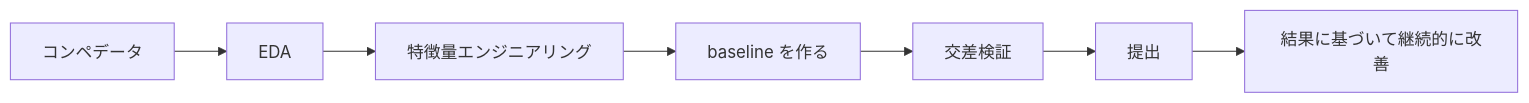
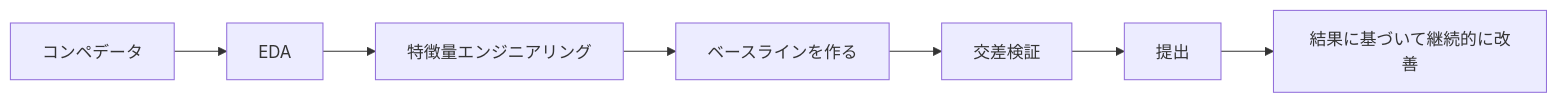
One commit to oudbiao/AI-fullstack-course changed the first of 2 diagrams in i18n/ja/docusaurus-plugin-content-docs/current/ch05-machine-learning/ch06-projects/04-kaggle.md. Above: the diagram before and after it, drawn with Mermaid. The commit also changed other lines of this file and 24 other files, not shown here.

````diff
--- a/i18n/ja/docusaurus-plugin-content-docs/current/ch05-machine-learning/ch06-projects/04-kaggle.md
+++ b/i18n/ja/docusaurus-plugin-content-docs/current/ch05-machine-learning/ch06-projects/04-kaggle.md
@@ -38,9 +38,9 @@
 ```mermaid
 flowchart LR
     A["コンペデータ"] --> B["EDA"]
     B --> C["特徴量エンジニアリング"]
-    C --> D["baseline を作る"]
+    C --> D["ベースラインを作る"]
     D --> E["交差検証"]
     E --> F["提出"]
     F --> G["結果に基づいて継続的に改善"]
 ```
````
